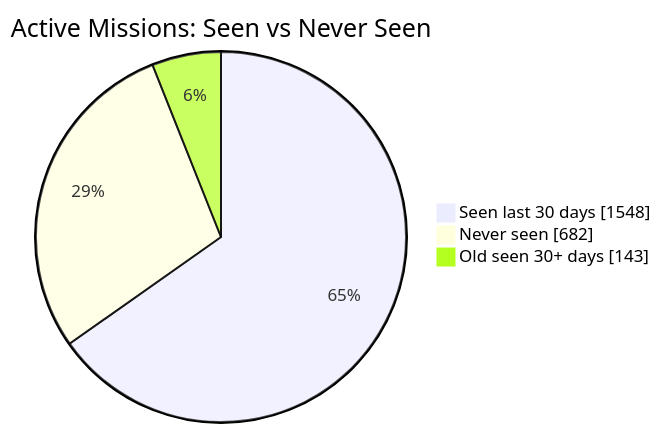
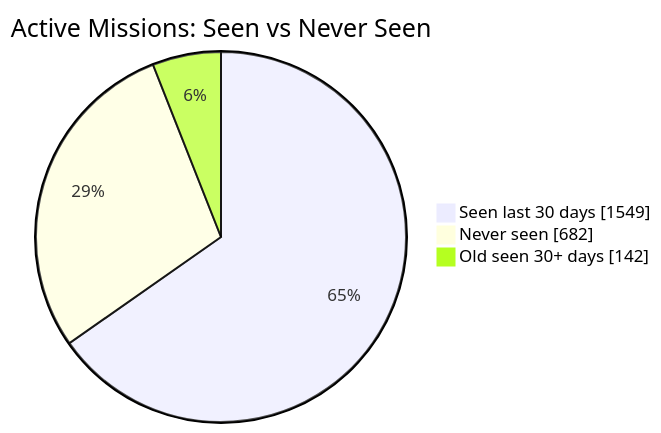
Before and after one commit to MeldkamerspelGameTeam/active-missions: the first of 2 diagrams in README.md, drawn with Mermaid. The commit also changed other lines of this file and 3 other files, not shown here.

````diff
--- a/README.md
+++ b/README.md
@@ -34,7 +34,7 @@
 ```mermaid
 pie showData
     title Active Missions: Seen vs Never Seen
-    "Seen last 30 days" : 1548
+    "Seen last 30 days" : 1549
     "Never seen" : 682
-    "Old seen 30+ days" : 143
+    "Old seen 30+ days" : 142
 ```
````
